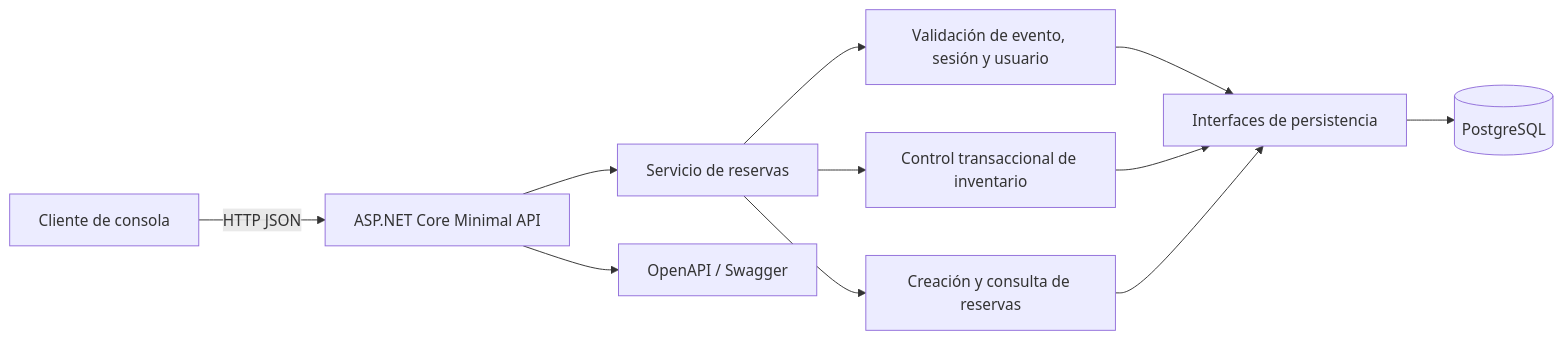
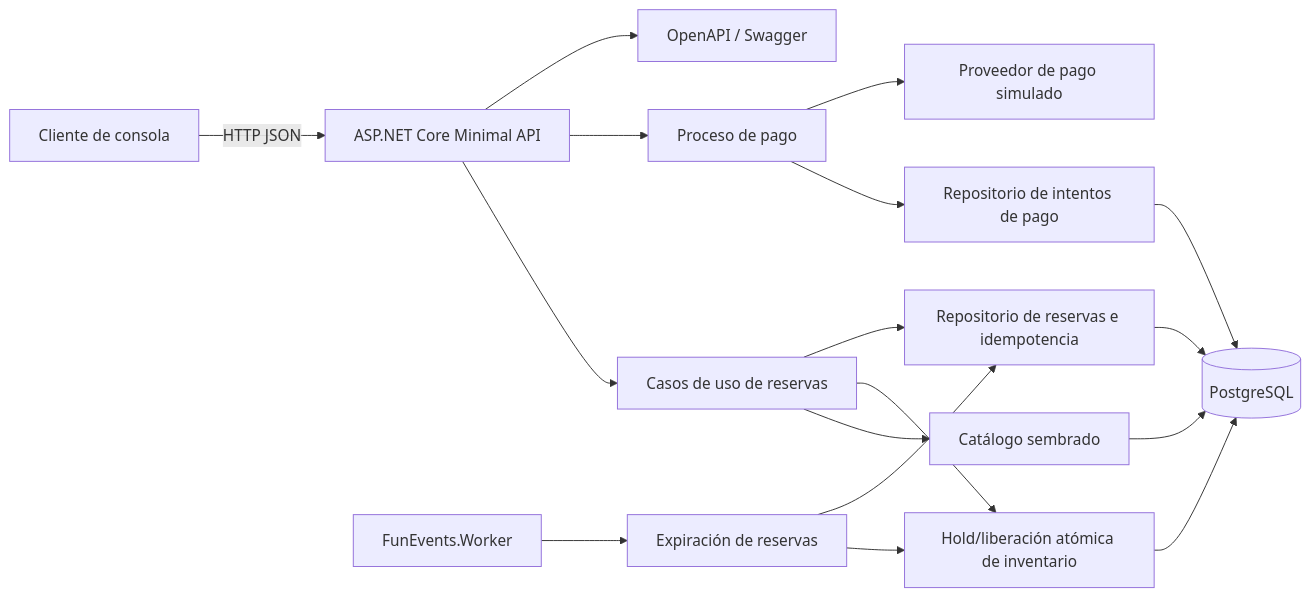
The seventh of 9 diagrams in Documents/DESIGN.md (Cirsa-FunEvents/FunEvents), drawn with Mermaid before and after one commit. The commit also changed other lines of this file, not shown here.

Commit message:
refactor: Update design document to clarify architecture and prototype scope, including payment simulation and reservation management

````diff
--- a/Documents/DESIGN.md
+++ b/Documents/DESIGN.md
@@ -313,13 +313,19 @@
 ```mermaid
 flowchart LR
     CONSOLE[Cliente de consola] -->|HTTP JSON| API[ASP.NET Core Minimal API]
-    API --> USECASE[Servicio de reservas]
-    USECASE --> VALIDATE[Validación de evento, sesión y usuario]
-    USECASE --> INVENTORY[Control transaccional de inventario]
-    USECASE --> RESERVATION[Creación y consulta de reservas]
-    VALIDATE --> REPO[Interfaces de persistencia]
-    INVENTORY --> REPO
-    RESERVATION --> REPO
-    REPO --> DB[(PostgreSQL)]
+    API --> RESERVATIONS[Casos de uso de reservas]
+    API --> PAYMENTS[Proceso de pago]
+    RESERVATIONS --> CATALOG[Catálogo sembrado]
+    RESERVATIONS --> INVENTORY[Hold/liberación atómica de inventario]
+    RESERVATIONS --> RESERVATION[Repositorio de reservas e idempotencia]
+    PAYMENTS --> PAYMENTREPO[Repositorio de intentos de pago]
+    PAYMENTS --> FAKE[Proveedor de pago simulado]
+    WORKER[FunEvents.Worker] --> EXPIRY[Expiración de reservas]
+    EXPIRY --> INVENTORY
+    EXPIRY --> RESERVATION
+    RESERVATION --> DB[(PostgreSQL)]
+    INVENTORY --> DB
+    CATALOG --> DB
+    PAYMENTREPO --> DB
     API --> OPENAPI[OpenAPI / Swagger]
 ```
````
